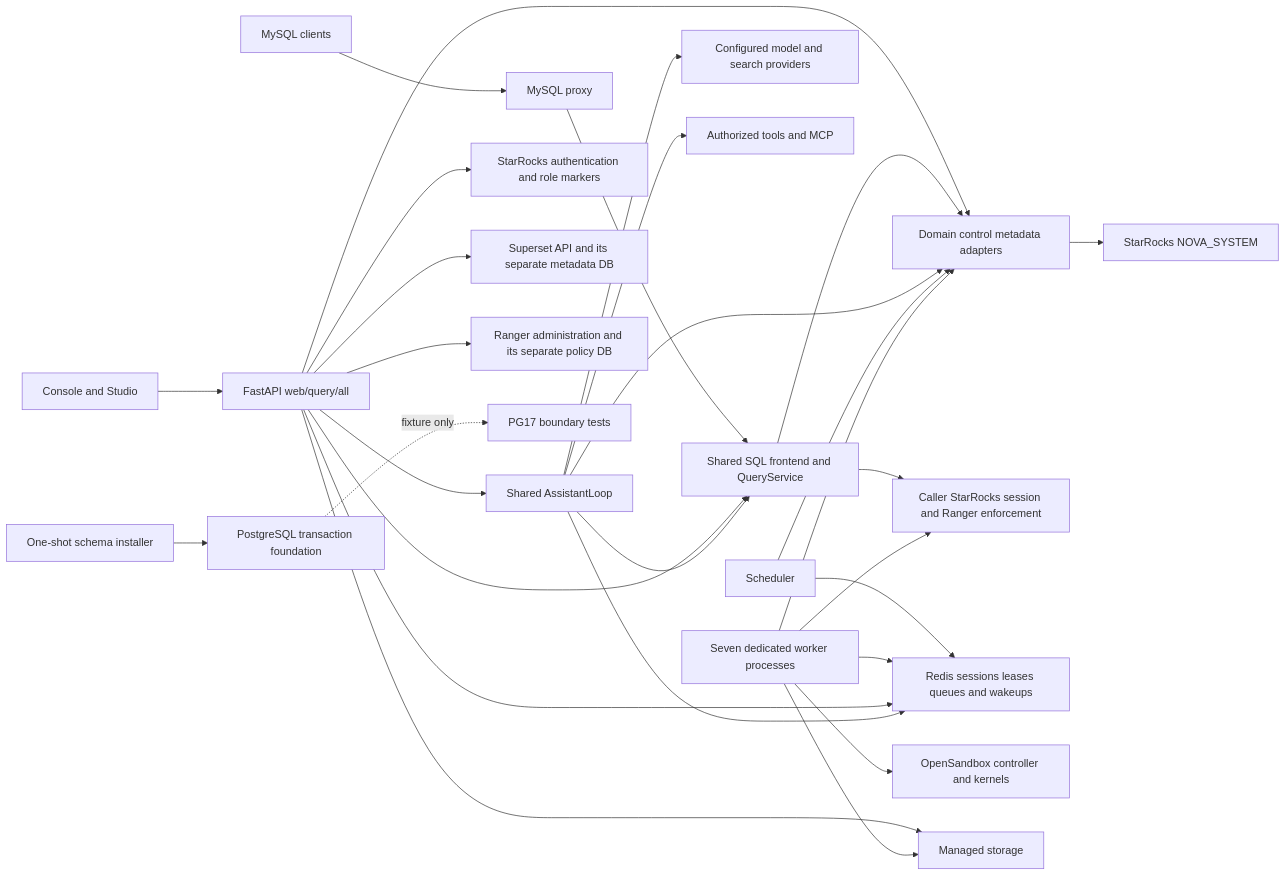
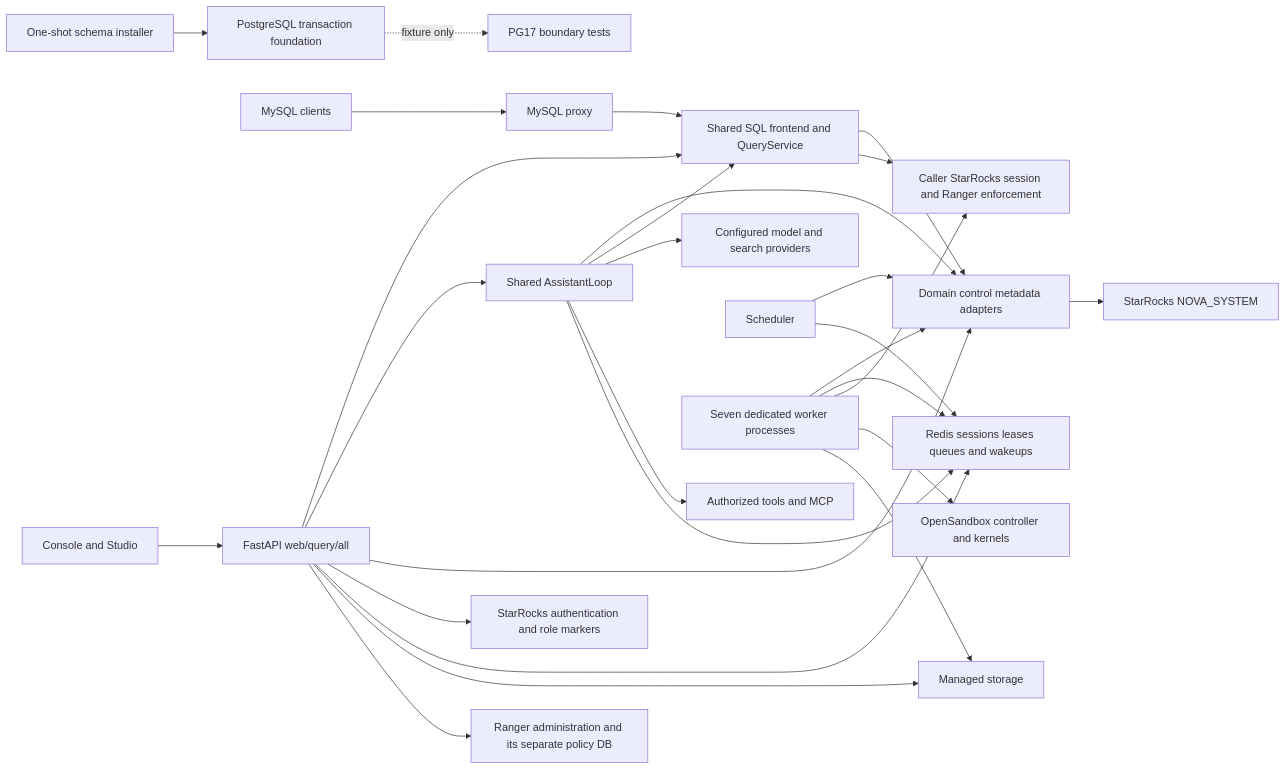
The diagram in docs/architecture/production-refactor/DEPENDENCIES.md (dwickyfp/nova), drawn with Mermaid before and after one commit. The commit also changed other lines of this file and 1921 other files, not shown here.

````diff
--- a/docs/architecture/production-refactor/DEPENDENCIES.md
+++ b/docs/architecture/production-refactor/DEPENDENCIES.md
@@ -8,31 +8,30 @@
 ```mermaid
 flowchart LR
     UI[Console and Studio] --> API[FastAPI web/query/all]
     MYSQL[MySQL clients] --> PROXY[MySQL proxy]
     PROXY --> SQL[Shared SQL frontend and QueryService]
     API --> SQL
     API --> LOOP[Shared AssistantLoop]
     API --> CP[Domain control metadata adapters]
     SQL --> CP
     LOOP --> CP
     LOOP --> SQL
     LOOP --> PROVIDER[Configured model and search providers]
     LOOP --> TOOLS[Authorized tools and MCP]
     CP --> META[StarRocks NOVA_SYSTEM]
     API --> AUTH[StarRocks authentication and role markers]
     SQL --> DATA[Caller StarRocks session and Ranger enforcement]
     SCHED[Scheduler] --> CP
     SCHED --> REDIS[Redis sessions leases queues and wakeups]
     WORKER[Seven dedicated worker processes] --> CP
     WORKER --> REDIS
     WORKER --> DATA
     WORKER --> SANDBOX[OpenSandbox controller and kernels]
     API --> REDIS
     LOOP --> REDIS
     API --> OBJECTS[Managed storage]
     WORKER --> OBJECTS
-    API --> SUPERSET[Superset API and its separate metadata DB]
     API --> RANGER[Ranger administration and its separate policy DB]
     PG[PostgreSQL transaction foundation] -. fixture only .-> TESTS[PG17 boundary tests]
     MIGRATOR[One-shot schema installer] --> PG
 ```
````
